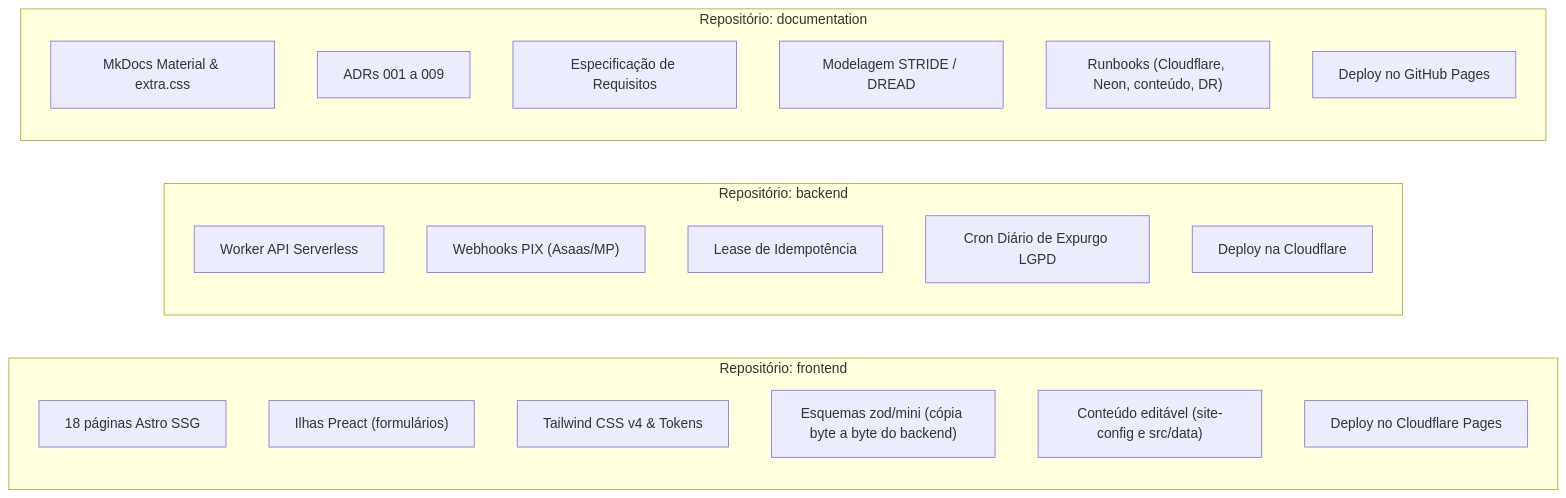
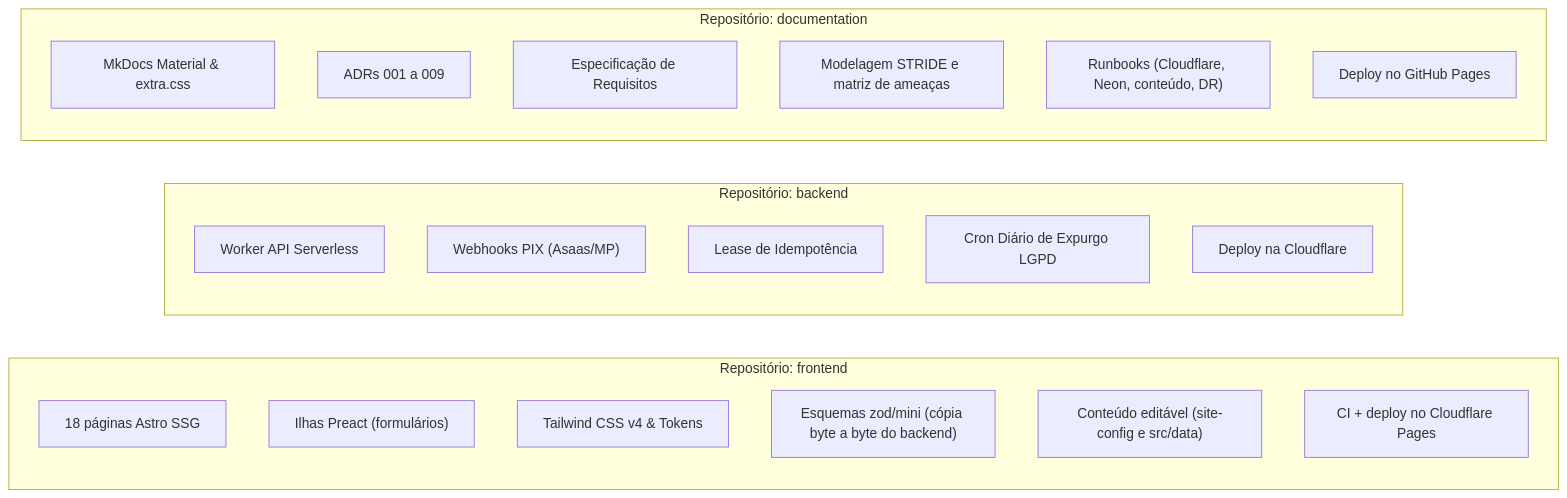
The diagram in docs/architecture/repositories-scope.md (purelifeministriesbrasil/documentation), drawn with Mermaid before and after one commit. The commit also changed other lines of this file and 36 other files, not shown here.

````diff
--- a/docs/architecture/repositories-scope.md
+++ b/docs/architecture/repositories-scope.md
@@ -11,31 +11,31 @@
 ```mermaid
 flowchart LR
     subgraph RepoFront["Repositório: frontend"]
         direction TB
         AstroPages["18 páginas Astro SSG"]
         PreactIslands["Ilhas Preact (formulários)"]
         TailwindV4["Tailwind CSS v4 & Tokens"]
         LocalSchemas["Esquemas zod/mini (cópia byte a byte do backend)"]
         ContentData["Conteúdo editável (site-config e src/data)"]
-        DeployPages["Deploy no Cloudflare Pages"]
+        DeployPages["CI + deploy no Cloudflare Pages"]
     end
 
     subgraph RepoBack["Repositório: backend"]
         direction TB
         WorkerAPI["Worker API Serverless"]
         Webhooks["Webhooks PIX (Asaas/MP)"]
         Idempotency["Lease de Idempotência"]
         CronPurge["Cron Diário de Expurgo LGPD"]
         DeployWorker["Deploy na Cloudflare"]
     end
 
     subgraph RepoDocs["Repositório: documentation"]
         direction TB
         MkDocsConfig["MkDocs Material & extra.css"]
         ADRs["ADRs 001 a 009"]
         SRS["Especificação de Requisitos"]
-        AppSec["Modelagem STRIDE / DREAD"]
+        AppSec["Modelagem STRIDE e matriz de ameaças"]
         Runbooks["Runbooks (Cloudflare, Neon, conteúdo, DR)"]
         DeployGhPages["Deploy no GitHub Pages"]
     end
 ```
````
